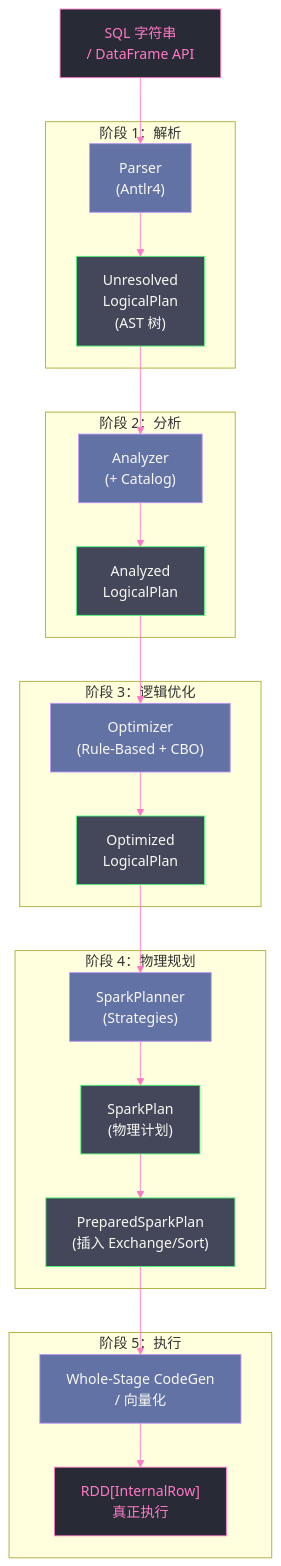
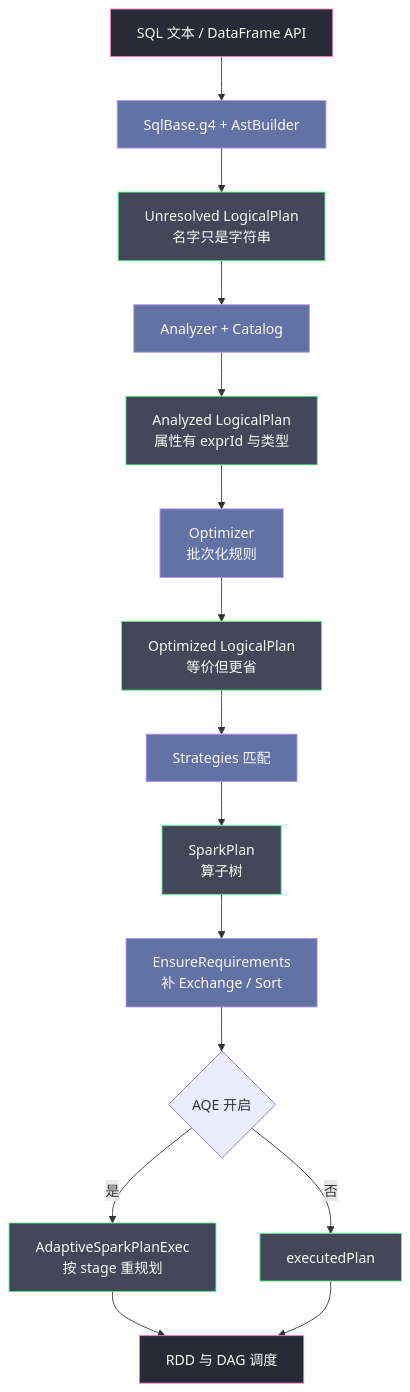
The first of 5 diagrams in content/大数据/Spark/Spark-SQL深度解析与性能调优/01 Spark SQL 全局架构：从 SQL 文本到 RDD 执行的完整旅程.md (hpliStartAgain/my-brain), drawn with Mermaid before and after one commit. The commit also changed other lines of this file and 455 other files, not shown here.

````diff
--- a/content/大数据/Spark/Spark-SQL深度解析与性能调优/01 Spark SQL 全局架构：从 SQL 文本到 RDD 执行的完整旅程.md
+++ b/content/大数据/Spark/Spark-SQL深度解析与性能调优/01 Spark SQL 全局架构：从 SQL 文本到 RDD 执行的完整旅程.md
@@ -77,39 +63,26 @@
 ```mermaid
-%%{init: {"theme": "dracula", "themeVariables": {"primaryColor": "#6272a4", "primaryTextColor": "#f8f8f2", "primaryBorderColor": "#bd93f9", "lineColor": "#ff79c6", "secondaryColor": "#44475a", "tertiaryColor": "#282a36"}}}%%
-graph TD
-    SQL["SQL 字符串</br>/ DataFrame API"] --> P
+%%{init: {'theme': 'dracula'}}%%
+flowchart TD
+    SQL["SQL 文本 / DataFrame API"] --> P["SqlBase.g4 + AstBuilder"]
+    P --> ULP["Unresolved LogicalPlan<br/>名字只是字符串"]
+    ULP --> A["Analyzer + Catalog"]
+    A --> ALP["Analyzed LogicalPlan<br/>属性有 exprId 与类型"]
+    ALP --> O["Optimizer<br/>批次化规则"]
+    O --> OLP["Optimized LogicalPlan<br/>等价但更省"]
+    OLP --> S["Strategies 匹配"]
+    S --> SP["SparkPlan<br/>算子树"]
+    SP --> ER["EnsureRequirements<br/>补 Exchange / Sort"]
+    ER --> AQ{"AQE 开启"}
+    AQ -->|是| ASP["AdaptiveSparkPlanExec<br/>按 stage 重规划"]
+    AQ -->|否| EP["executedPlan"]
+    ASP --> RD["RDD 与 DAG 调度"]
+    EP --> RD
 
-    subgraph "阶段 1：解析"
-        P["Parser</br>(Antlr4)"]
-        P --> ULP["Unresolved</br>LogicalPlan</br>(AST 树)"]
-    end
+    classDef layer fill:#6272a4,stroke:#bd93f9,color:#f8f8f2
+    classDef plan fill:#44475a,stroke:#50fa7b,color:#f8f8f2
+    classDef exec fill:#282a36,stroke:#ff79c6,color:#f8f8f2
 
-    subgraph "阶段 2：分析"
-        ULP --> A["Analyzer</br>(+ Catalog)"]
-        A --> LP["Analyzed</br>LogicalPlan"]
-    end
-
-    subgraph "阶段 3：逻辑优化"
-        LP --> O["Optimizer</br>(Rule-Based + CBO)"]
-        O --> OLP["Optimized</br>LogicalPlan"]
-    end
-
-    subgraph "阶段 4：物理规划"
-        OLP --> PP["SparkPlanner</br>(Strategies)"]
-        PP --> PhP["SparkPlan</br>(物理计划)"]
-        PhP --> PhP2["PreparedSparkPlan</br>(插入 Exchange/Sort)"]
-    end
-
-    subgraph "阶段 5：执行"
-        PhP2 --> CG["Whole-Stage CodeGen</br>/ 向量化"]
-        CG --> RDD["RDD[InternalRow]</br>真正执行"]
-    end
-
-    classDef stage fill:#6272a4,stroke:#bd93f9,color:#f8f8f2
-    classDef plan fill:#44475a,stroke:#50fa7b,color:#f8f8f2
-    classDef exec fill:#282a36,stroke:#ff79c6,color:#ff79c6
-
-    class P,A,O,PP,CG stage
-    class ULP,LP,OLP,PhP,PhP2 plan
-    class SQL,RDD exec
+    class P,A,O,S,ER layer
+    class ULP,ALP,OLP,SP,EP,ASP plan
+    class SQL,RD exec
 ```
````
